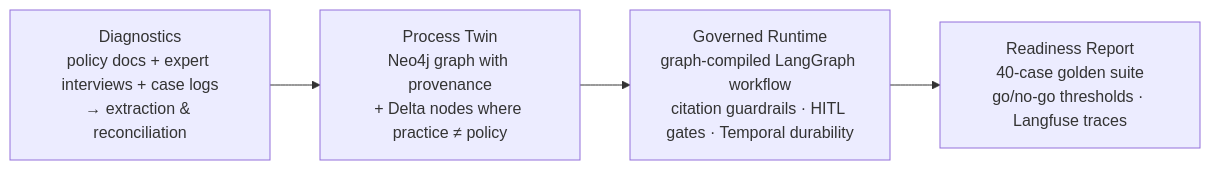
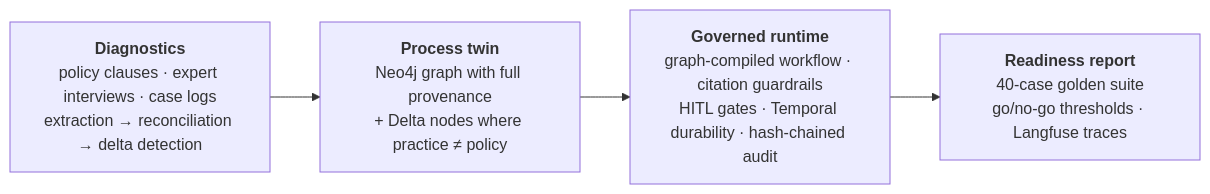
One commit to adwitiyashukla/process-twin changed the diagram in README.md. Above: the diagram before and after it, drawn with Mermaid. The commit also changed other lines of this file and 5 other files, not shown here.

````diff
--- a/README.md
+++ b/README.md
@@ -11,6 +14,8 @@
 ```mermaid
 flowchart LR
-    A["Diagnostics\npolicy docs + expert interviews + case logs\n→ extraction & reconciliation"] --> B["Process Twin\nNeo4j graph with provenance\n+ Delta nodes where practice ≠ policy"]
-    B --> C["Governed Runtime\ngraph-compiled LangGraph workflow\ncitation guardrails · HITL gates · Temporal durability"]
-    C --> D["Readiness Report\n40-case golden suite\ngo/no-go thresholds · Langfuse traces"]
+    A["<b>Diagnostics</b><br/>policy clauses · expert interviews · case logs<br/>extraction → reconciliation → delta detection"]
+    B["<b>Process twin</b><br/>Neo4j graph with full provenance<br/>+ Delta nodes where practice ≠ policy"]
+    C["<b>Governed runtime</b><br/>graph-compiled workflow · citation guardrails<br/>HITL gates · Temporal durability · hash-chained audit"]
+    D["<b>Readiness report</b><br/>40-case golden suite<br/>go/no-go thresholds · Langfuse traces"]
+    A --> B --> C --> D
 ```
````
